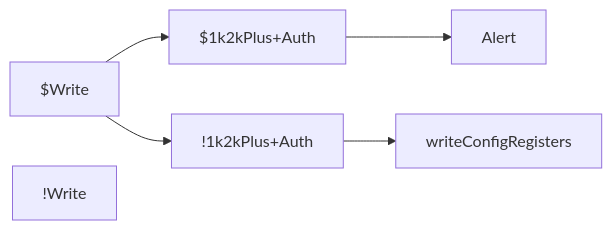
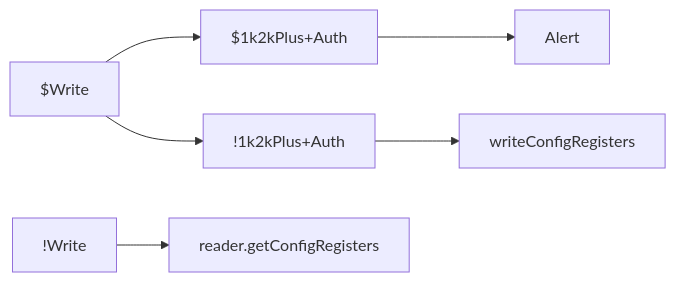
Before and after one commit to gordianknotC/nxp_note: the ninth of 9 diagrams in nxp/NtagDemo_mermaid.md, drawn with Mermaid. The commit also changed other lines of this file, not shown here.

Commit message:
nxp/NtagDemo_mermaid.md updated from https://stackedit.io/

````diff
--- a/nxp/NtagDemo_mermaid.md
+++ b/nxp/NtagDemo_mermaid.md
@@ -285,15 +285,15 @@
 ```mermaid
 graph LR
 $Write
 !Write
 $1k2kPlus+Auth
 !1k2kPlus+Auth
 
 $Write --> $1k2kPlus+Auth
 $1k2kPlus+Auth --> Alert
 $Write --> !1k2kPlus+Auth
 !1k2kPlus+Auth --> writeConfigRegisters
 
-!Write
+!Write --> reader.getConfigRegisters
 
 ```
````
